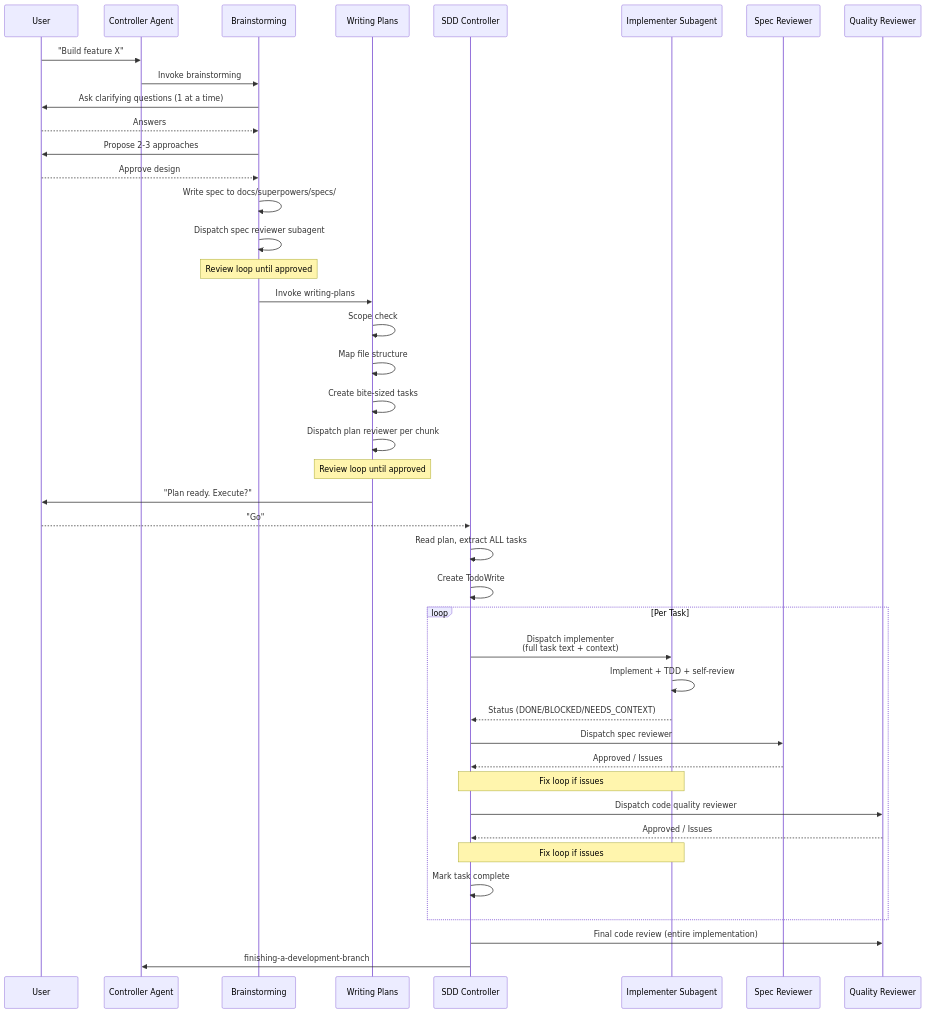
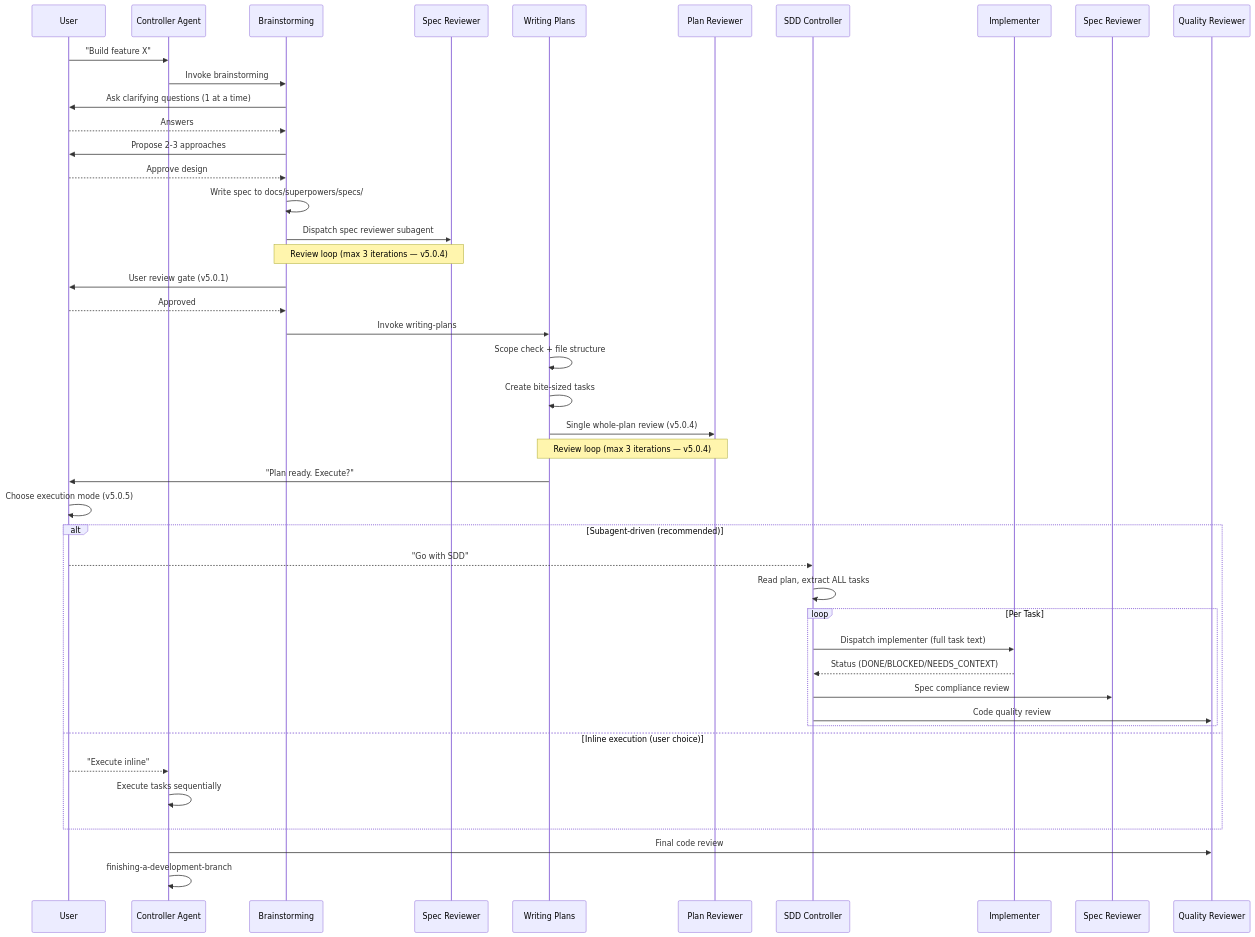
Before and after one commit to thientranhung/agentic-coding-lab: the third of 7 diagrams in vn/superpowers/1. Architecture and Logic.md, drawn with Mermaid. The commit also changed other lines of this file and 14 other files, not shown here.

````diff
--- a/vn/superpowers/1. Architecture and Logic.md
+++ b/vn/superpowers/1. Architecture and Logic.md
@@ -166,49 +112,50 @@
 ```mermaid
 sequenceDiagram
     participant U as User
     participant A as Controller Agent
     participant BS as Brainstorming
+    participant SR2 as Spec Reviewer
     participant WP as Writing Plans
+    participant PR as Plan Reviewer
     participant SDD as SDD Controller
-    participant IMP as Implementer Subagent
+    participant IMP as Implementer
     participant SR as Spec Reviewer
     participant QR as Quality Reviewer
 
     U->>A: "Build feature X"
     A->>BS: Invoke brainstorming
     BS->>U: Ask clarifying questions (1 at a time)
     U-->>BS: Answers
     BS->>U: Propose 2-3 approaches
     U-->>BS: Approve design
     BS->>BS: Write spec to docs/superpowers/specs/
-    BS->>BS: Dispatch spec reviewer subagent
-    Note over BS: Review loop until approved
+    BS->>SR2: Dispatch spec reviewer subagent
+    Note over BS,SR2: Review loop (max 3 iterations — v5.0.4)
+    BS->>U: User review gate (v5.0.1)
+    U-->>BS: Approved
 
     BS->>WP: Invoke writing-plans
-    WP->>WP: Scope check
-    WP->>WP: Map file structure
+    WP->>WP: Scope check + file structure
     WP->>WP: Create bite-sized tasks
-    WP->>WP: Dispatch plan reviewer per chunk
-    Note over WP: Review loop until approved
+    WP->>PR: Single whole-plan review (v5.0.4)
+    Note over WP,PR: Review loop (max 3 iterations — v5.0.4)
     WP->>U: "Plan ready. Execute?"
 
-    U-->>SDD: "Go"
-    SDD->>SDD: Read plan, extract ALL tasks
-    SDD->>SDD: Create TodoWrite
-
-    loop Per Task
-        SDD->>IMP: Dispatch implementer<br>(full task text + context)
-        IMP->>IMP: Implement + TDD + self-review
-        IMP-->>SDD: Status (DONE/BLOCKED/NEEDS_CONTEXT)
-        SDD->>SR: Dispatch spec reviewer
-        SR-->>SDD: Approved / Issues
-        Note over SDD,IMP: Fix loop if issues
-        SDD->>QR: Dispatch code quality reviewer
-        QR-->>SDD: Approved / Issues
-        Note over SDD,IMP: Fix loop if issues
-        SDD->>SDD: Mark task complete
+    U->>U: Choose execution mode (v5.0.5)
+    alt Subagent-driven (recommended)
+        U-->>SDD: "Go with SDD"
+        SDD->>SDD: Read plan, extract ALL tasks
+        loop Per Task
+            SDD->>IMP: Dispatch implementer (full task text)
+            IMP-->>SDD: Status (DONE/BLOCKED/NEEDS_CONTEXT)
+            SDD->>SR: Spec compliance review
+            SDD->>QR: Code quality review
+        end
+    else Inline execution (user choice)
+        U-->>A: "Execute inline"
+        A->>A: Execute tasks sequentially
     end
-
-    SDD->>QR: Final code review (entire implementation)
-    SDD->>A: finishing-a-development-branch
+    
+    A->>QR: Final code review
+    A->>A: finishing-a-development-branch
 ```
````
